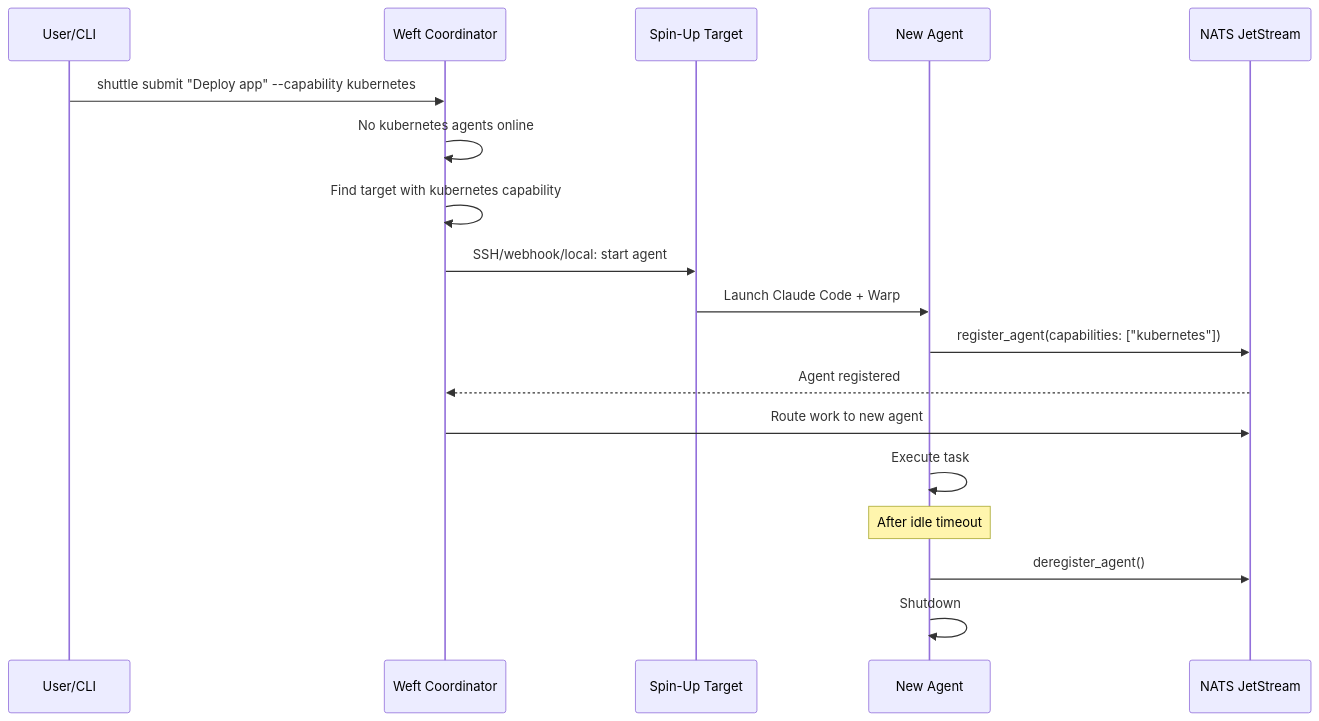
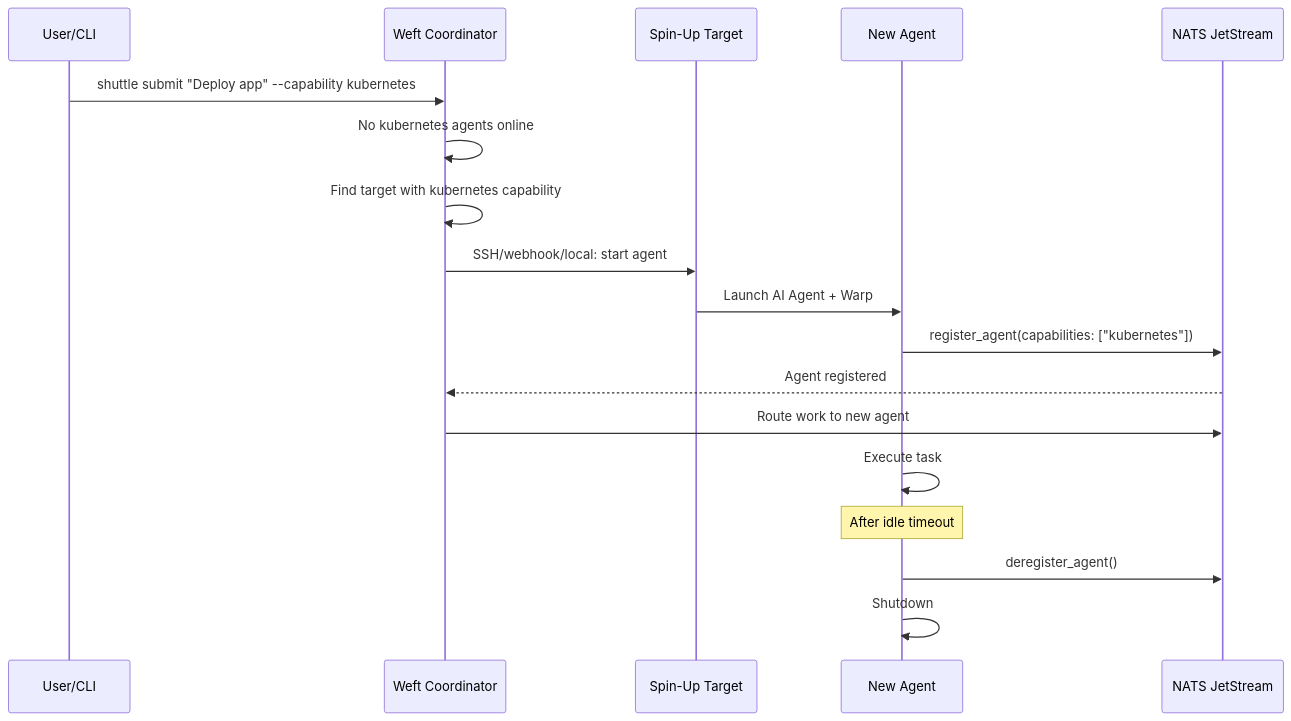
Before and after one commit to mdlopresti/loom: the seventh of 8 diagrams in README.md, drawn with Mermaid. The commit also changed other lines of this file, not shown here.

First line of the commit message:
docs: Make documentation agent-agnostic

````diff
--- a/README.md
+++ b/README.md
@@ -251,24 +255,24 @@
 ```mermaid
 sequenceDiagram
     participant User as User/CLI
     participant Weft as Weft Coordinator
     participant Target as Spin-Up Target
     participant Agent as New Agent
     participant NATS as NATS JetStream
 
     User->>Weft: shuttle submit "Deploy app" --capability kubernetes
     Weft->>Weft: No kubernetes agents online
     Weft->>Weft: Find target with kubernetes capability
     Weft->>Target: SSH/webhook/local: start agent
 
-    Target->>Agent: Launch Claude Code + Warp
+    Target->>Agent: Launch AI Agent + Warp
     Agent->>NATS: register_agent(capabilities: ["kubernetes"])
     NATS-->>Weft: Agent registered
 
     Weft->>NATS: Route work to new agent
     Agent->>Agent: Execute task
 
     Note over Agent: After idle timeout
     Agent->>NATS: deregister_agent()
     Agent->>Agent: Shutdown
 ```
````
